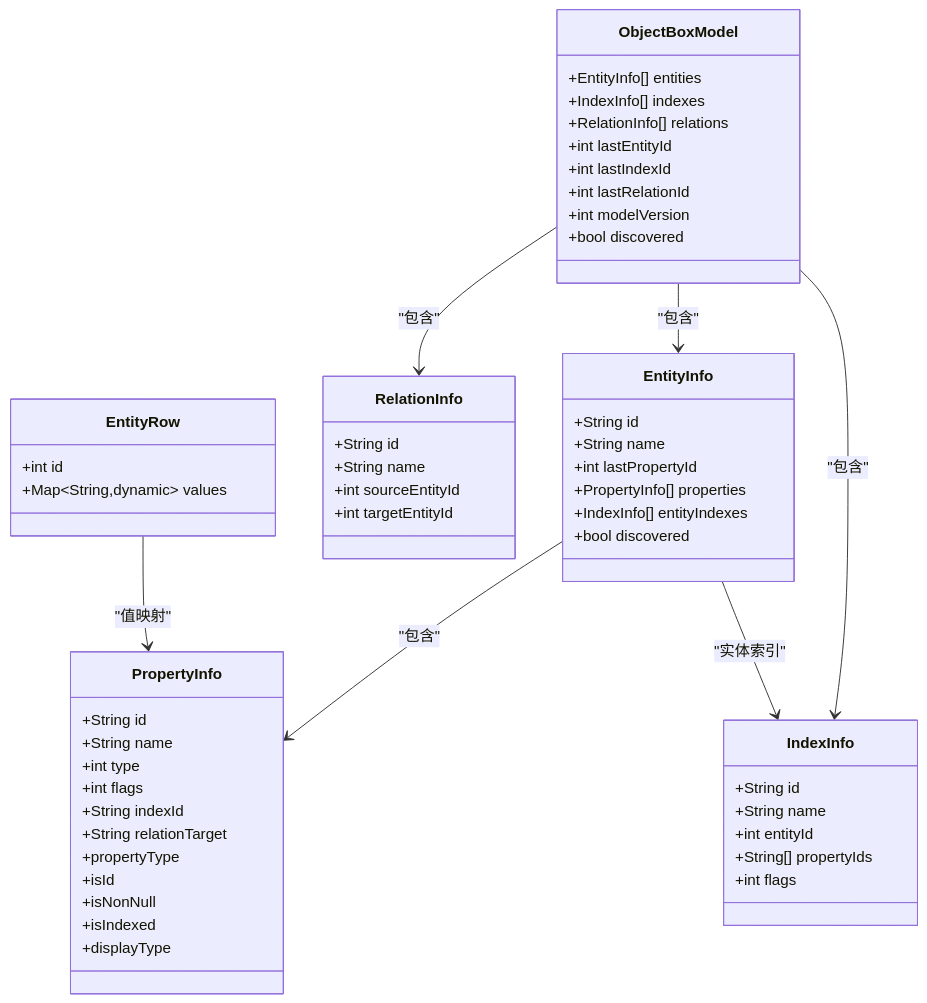
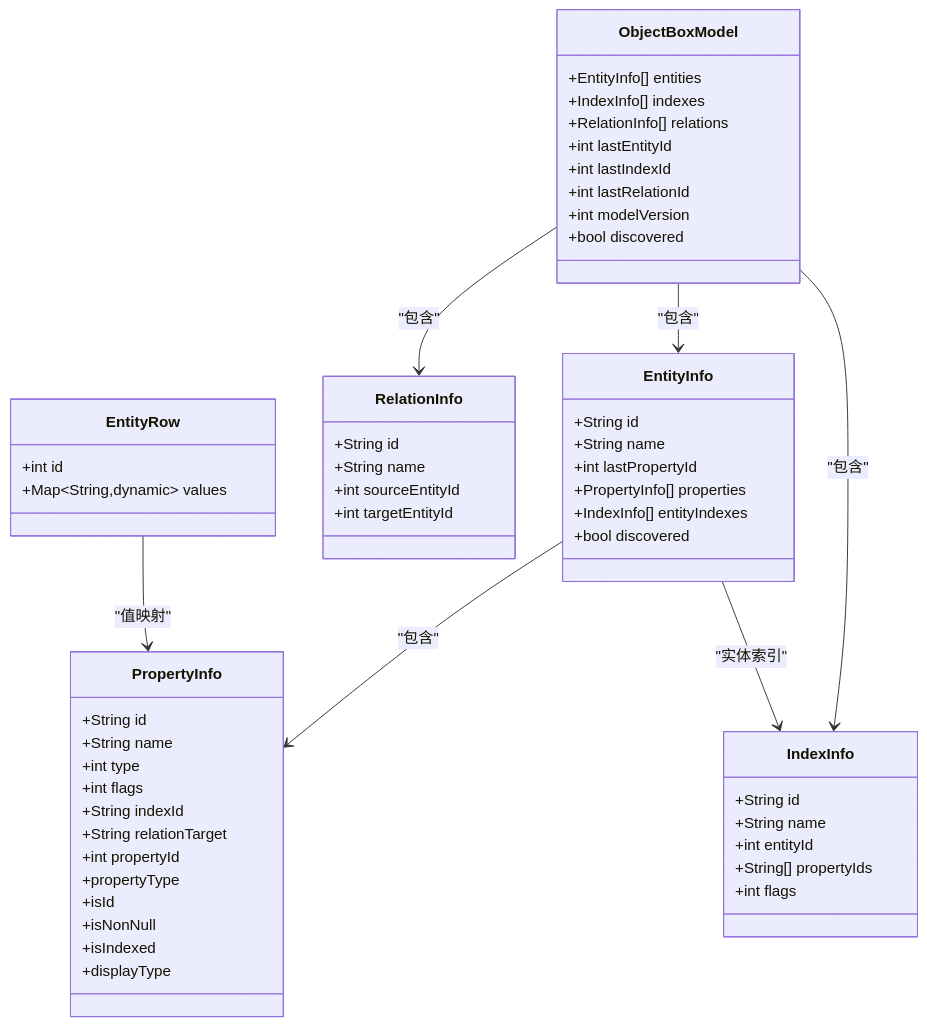
Before and after one commit to kongpf8848/objectbox_viewer: the third of 4 diagrams in .qoder/repowiki/zh/content/数据模型.md, drawn with Mermaid. The commit also changed other lines of this file and 22 other files, not shown here.

````diff
--- a/.qoder/repowiki/zh/content/数据模型.md
+++ b/.qoder/repowiki/zh/content/数据模型.md
@@ -179,57 +186,58 @@
 ```mermaid
 classDiagram
 class ObjectBoxModel {
 +EntityInfo[] entities
 +IndexInfo[] indexes
 +RelationInfo[] relations
 +int lastEntityId
 +int lastIndexId
 +int lastRelationId
 +int modelVersion
 +bool discovered
 }
 class EntityInfo {
 +String id
 +String name
 +int lastPropertyId
 +PropertyInfo[] properties
 +IndexInfo[] entityIndexes
 +bool discovered
 }
 class PropertyInfo {
 +String id
 +String name
 +int type
 +int flags
 +String indexId
 +String relationTarget
++int propertyId
 +propertyType
 +isId
 +isNonNull
 +isIndexed
 +displayType
 }
 class IndexInfo {
 +String id
 +String name
 +int entityId
 +String[] propertyIds
 +int flags
 }
 class RelationInfo {
 +String id
 +String name
 +int sourceEntityId
 +int targetEntityId
 }
 class EntityRow {
 +int id
 +Map~String,dynamic~ values
 }
 ObjectBoxModel --> EntityInfo : "包含"
 EntityInfo --> PropertyInfo : "包含"
 ObjectBoxModel --> IndexInfo : "包含"
 ObjectBoxModel --> RelationInfo : "包含"
 EntityInfo --> IndexInfo : "实体索引"
 EntityRow --> PropertyInfo : "值映射"
 ```
````
